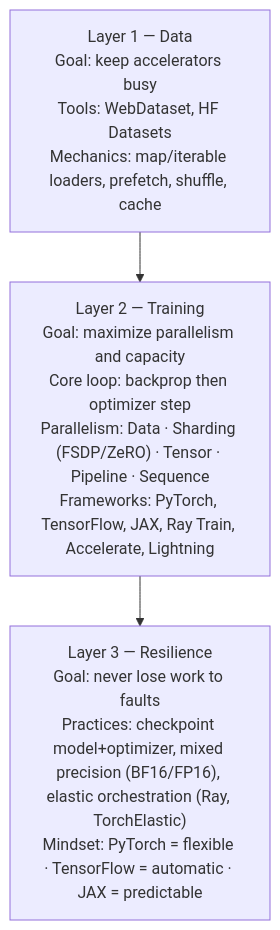
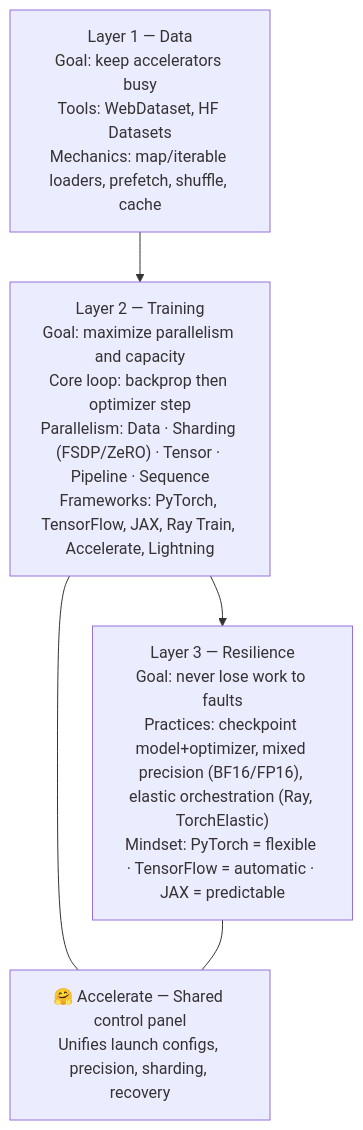
Before and after one commit to gopikrishtummala/gopikrishtummala.github.io: the diagram in src/data/blog/hidden-engine-of-ai.md, drawn with Mermaid. The commit also changed other lines of this file, not shown here.

Commit message:
Thread Accelerate support through training frameworks guide

````diff
--- a/src/data/blog/hidden-engine-of-ai.md
+++ b/src/data/blog/hidden-engine-of-ai.md
@@ -42,8 +42,11 @@
 ```mermaid
 flowchart TD
     A["Layer 1 — Data<br/>Goal: keep accelerators busy<br/>Tools: WebDataset, HF Datasets<br/>Mechanics: map/iterable loaders, prefetch, shuffle, cache"]
     B["Layer 2 — Training<br/>Goal: maximize parallelism and capacity<br/>Core loop: backprop then optimizer step<br/>Parallelism: Data · Sharding (FSDP/ZeRO) · Tensor · Pipeline · Sequence<br/>Frameworks: PyTorch, TensorFlow, JAX, Ray Train, Accelerate, Lightning"]
     C["Layer 3 — Resilience<br/>Goal: never lose work to faults<br/>Practices: checkpoint model+optimizer, mixed precision (BF16/FP16), elastic orchestration (Ray, TorchElastic)<br/>Mindset: PyTorch = flexible · TensorFlow = automatic · JAX = predictable"]
+    X["🤗 Accelerate — Shared control panel<br/>Unifies launch configs, precision, sharding, recovery"]
 
     A --> B --> C
+    B --- X
+    C --- X
 ```
````
